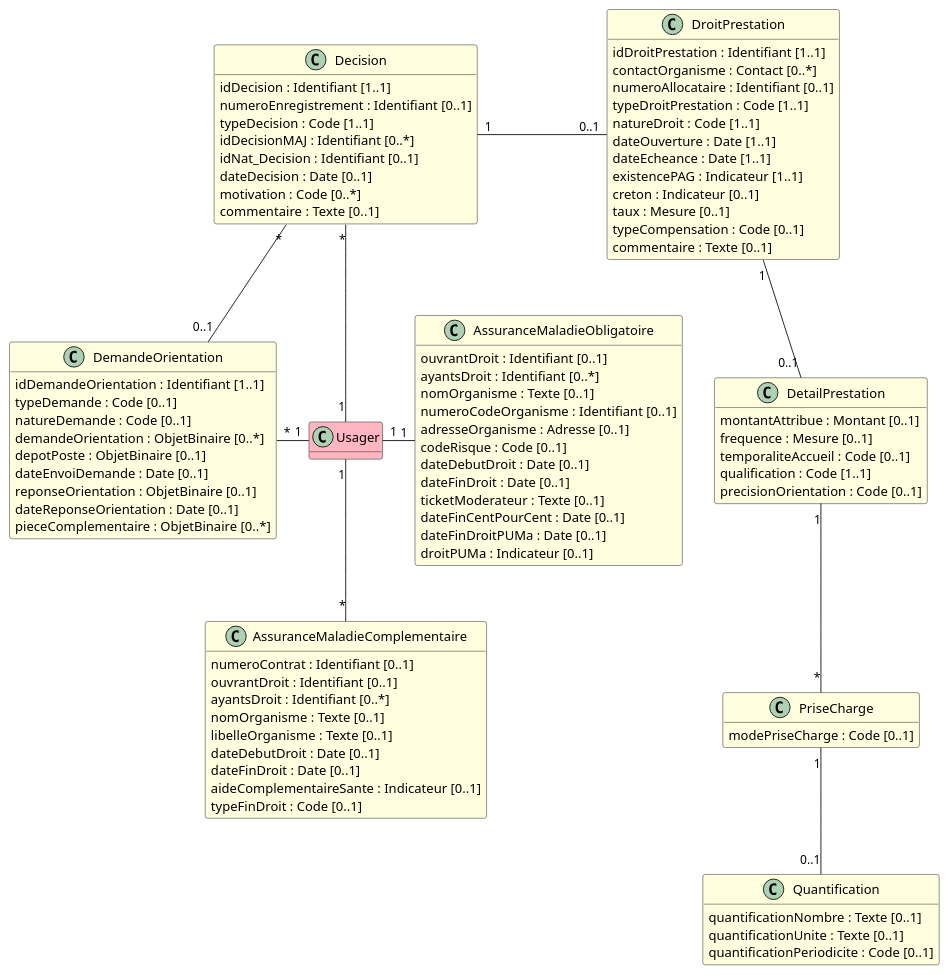
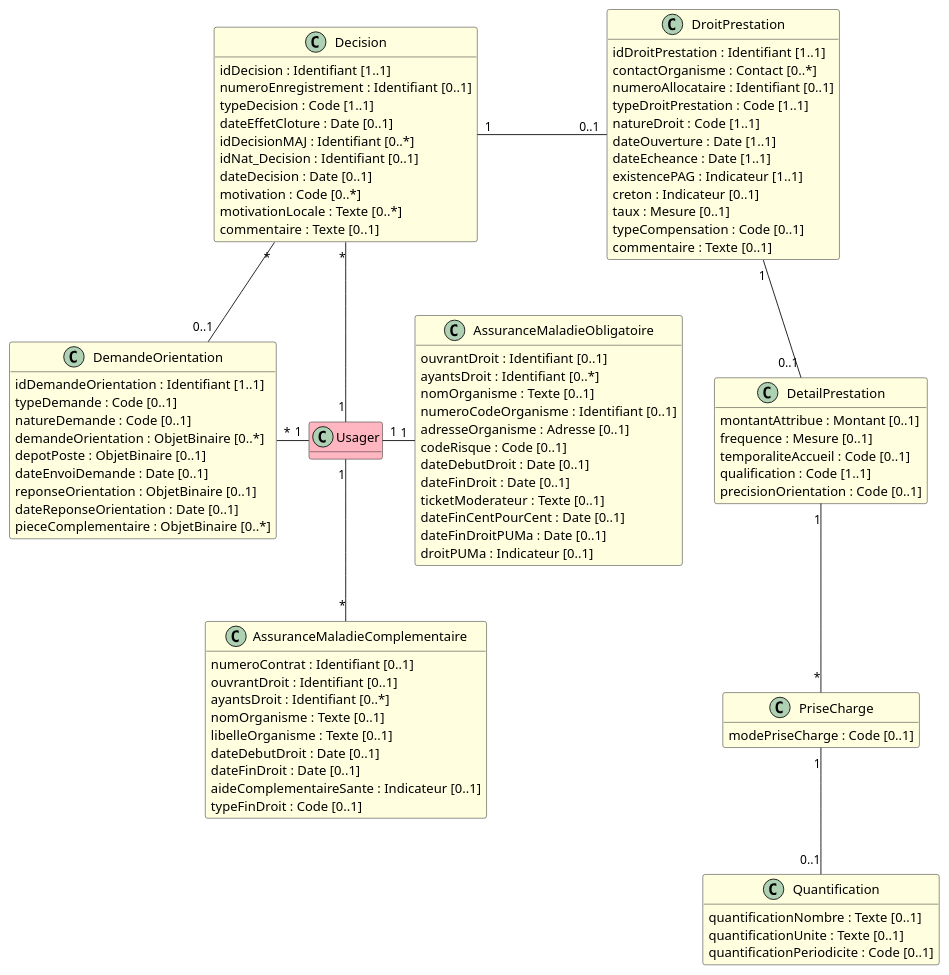
The diagram in input/images-source/bloc_droits_sociaux_sante.plantuml (ansforge/IG-fhir-medicosocial-transfert-donnees-dui), drawn with PlantUML before and after one commit. The commit also changed 1 other file, not shown here.

```diff
--- a/input/images-source/bloc_droits_sociaux_sante.plantuml
+++ b/input/images-source/bloc_droits_sociaux_sante.plantuml
@@ -1,102 +1,104 @@
 @startuml
 
 hide empty methods
 
 class Usager #LightPink
 
 class AssuranceMaladieComplementaire #LightYellow {
     numeroContrat : Identifiant [0..1]
     ouvrantDroit : Identifiant [0..1]
     ayantsDroit : Identifiant [0..*]
     nomOrganisme : Texte [0..1]
     libelleOrganisme : Texte [0..1]
     dateDebutDroit : Date [0..1]
     dateFinDroit : Date [0..1]
     aideComplementaireSante : Indicateur [0..1]
     typeFinDroit : Code [0..1]
 
 }
 
 class AssuranceMaladieObligatoire #LightYellow {
     ouvrantDroit : Identifiant [0..1]
     ayantsDroit : Identifiant [0..*]
     nomOrganisme : Texte [0..1]
     numeroCodeOrganisme : Identifiant [0..1]
     adresseOrganisme : Adresse [0..1]
     codeRisque : Code [0..1]
     dateDebutDroit : Date [0..1]
     dateFinDroit : Date [0..1]
     ticketModerateur : Texte [0..1]
     dateFinCentPourCent : Date [0..1]
     dateFinDroitPUMa : Date [0..1]
     droitPUMa : Indicateur [0..1]
 }
 
 class DemandeOrientation #LightYellow {
     idDemandeOrientation : Identifiant [1..1]
     typeDemande : Code [0..1] 
     natureDemande : Code [0..1] 
     demandeOrientation : ObjetBinaire [0..*]
     depotPoste : ObjetBinaire [0..1]
     dateEnvoiDemande : Date [0..1]
     reponseOrientation : ObjetBinaire [0..1]
     dateReponseOrientation : Date [0..1]
     pieceComplementaire : ObjetBinaire [0..*]
 }
 
 class Decision #LightYellow {
     idDecision : Identifiant [1..1]
     numeroEnregistrement : Identifiant [0..1]
     typeDecision : Code [1..1]
+    dateEffetCloture : Date [0..1]
     idDecisionMAJ : Identifiant [0..*]
     idNat_Decision : Identifiant [0..1]
     dateDecision : Date [0..1]
     motivation : Code [0..*]
+    motivationLocale : Texte [0..*]
     commentaire : Texte [0..1]
 }
 
 class DroitPrestation #LightYellow {
     idDroitPrestation : Identifiant [1..1]
     contactOrganisme : Contact [0..*]
     numeroAllocataire : Identifiant [0..1]
     typeDroitPrestation : Code [1..1]
     natureDroit : Code [1..1]
     dateOuverture : Date [1..1]
     dateEcheance : Date [1..1]
     existencePAG : Indicateur [1..1]
     creton : Indicateur [0..1]
     taux : Mesure [0..1] 
     typeCompensation : Code [0..1]
     commentaire : Texte [0..1]
 }
 
 class DetailPrestation #LightYellow {
     montantAttribue : Montant [0..1]
     frequence : Mesure [0..1]
     temporaliteAccueil : Code [0..1]
     qualification : Code [1..1]
     precisionOrientation : Code [0..1]
 }
 
 class PriseCharge #LightYellow {
     modePriseCharge : Code [0..1]
 }
 
 class Quantification #LightYellow {
     quantificationNombre : Texte [0..1]
     quantificationUnite : Texte [0..1]
     quantificationPeriodicite : Code [0..1]
 }
 
 Usager "1" -- "*"  AssuranceMaladieComplementaire
 Usager "1" - "1" AssuranceMaladieObligatoire
 Decision "*" - "1" Usager
 DemandeOrientation "*" - "1" Usager
 Decision "*" -- "0..1" DemandeOrientation
 
 Decision "1" - "0..1" DroitPrestation
 DroitPrestation "1" -- "0..1" DetailPrestation
 DetailPrestation "1" -- "*" PriseCharge
 PriseCharge "1" -- "0..1" Quantification
 
 @enduml
```
